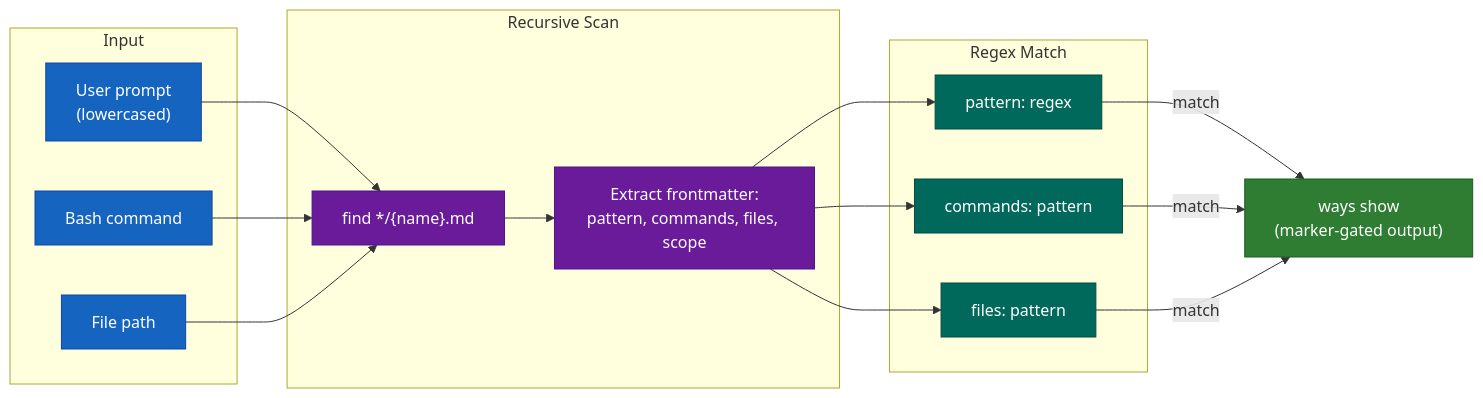
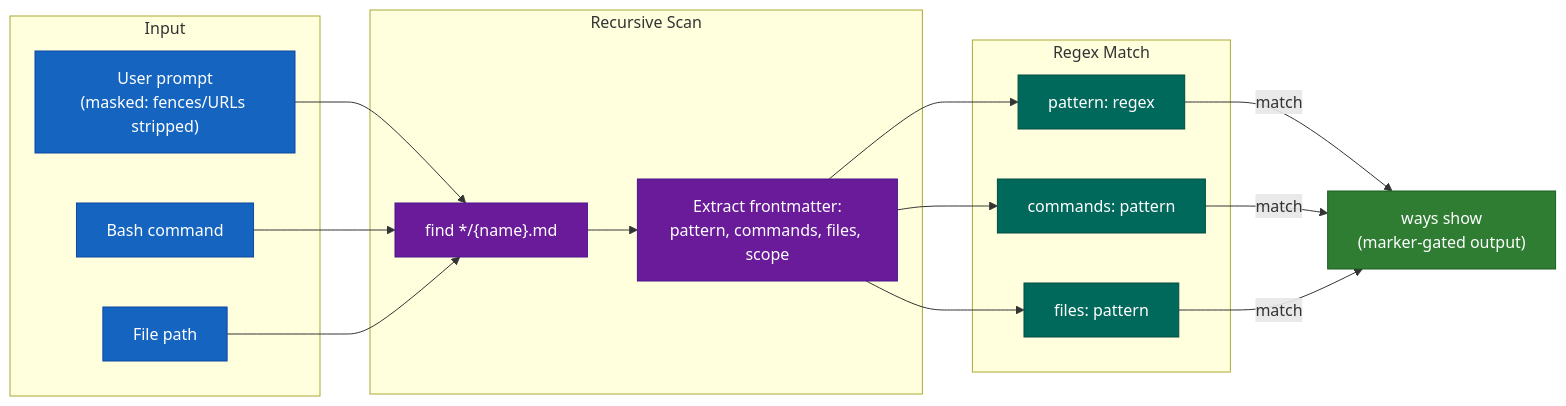
The seventh of 13 diagrams in docs/architecture.md (aaronsb/agent-ways), drawn with Mermaid before and after one commit. The commit also changed 12 other files, not shown here.

````diff
--- a/docs/architecture.md
+++ b/docs/architecture.md
@@ -219,37 +219,37 @@
 ```mermaid
 flowchart LR
     classDef input fill:#1565C0,stroke:#0D47A1,color:#fff
     classDef scan fill:#6A1B9A,stroke:#4A148C,color:#fff
     classDef match fill:#00695C,stroke:#004D40,color:#fff
     classDef output fill:#2E7D32,stroke:#1B5E20,color:#fff
 
     subgraph Input
-        Prompt["User prompt<br/>(lowercased)"]:::input
+        Prompt["User prompt<br/>(masked: fences/URLs stripped)"]:::input
         Cmd["Bash command"]:::input
         File["File path"]:::input
     end
 
     subgraph Scan["Recursive Scan"]
         Find["find */{name}.md"]:::scan
         Extract["Extract frontmatter:<br/>pattern, commands, files, scope"]:::scan
     end
 
     subgraph Match["Regex Match"]
         KW["pattern: regex"]:::match
         CM["commands: pattern"]:::match
         FL["files: pattern"]:::match
     end
 
     Prompt --> Find
     Cmd --> Find
     File --> Find
 
     Find --> Extract
     Extract --> KW
     Extract --> CM
     Extract --> FL
 
     KW -->|match| Out["ways show<br/>(marker-gated output)"]:::output
     CM -->|match| Out
     FL -->|match| Out
 ```
````
